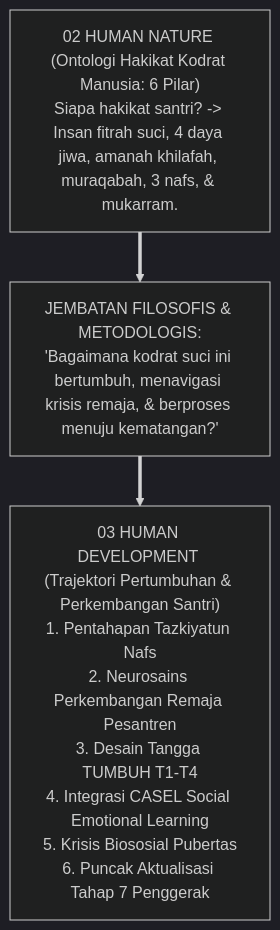
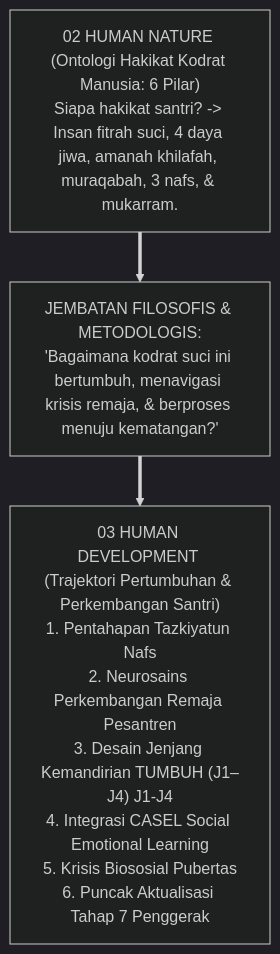
Before and after one commit to wandiapriliyandi/tumbuh: the third of 5 diagrams in 01 Philosophy/02 Human Nature/P1-02-07-Sintesis-Human-Nature.md, drawn with Mermaid (dark theme). The commit also changed other lines of this file and 209 other files, not shown here.

````diff
--- a/01 Philosophy/02 Human Nature/P1-02-07-Sintesis-Human-Nature.md
+++ b/01 Philosophy/02 Human Nature/P1-02-07-Sintesis-Human-Nature.md
@@ -134,8 +134,8 @@
 ```mermaid
 flowchart TD
     HN["02 HUMAN NATURE (Ontologi Hakikat Kodrat Manusia: 6 Pilar)<br/>Siapa hakikat santri? -> Insan fitrah suci, 4 daya jiwa, amanah khilafah, muraqabah, 3 nafs, & mukarram."]
     
     ==> Jembatan["JEMBATAN FILOSOFIS & METODOLOGIS:<br/>'Bagaimana kodrat suci ini bertumbuh, menavigasi krisis remaja, & berproses menuju kematangan?'"]
     
-    ==> HD["03 HUMAN DEVELOPMENT (Trajektori Pertumbuhan & Perkembangan Santri)<br/>1. Pentahapan Tazkiyatun Nafs<br/>2. Neurosains Perkembangan Remaja Pesantren<br/>3. Desain Tangga TUMBUH T1-T4<br/>4. Integrasi CASEL Social Emotional Learning<br/>5. Krisis Biososial Pubertas<br/>6. Puncak Aktualisasi Tahap 7 Penggerak"]
+    ==> HD["03 HUMAN DEVELOPMENT (Trajektori Pertumbuhan & Perkembangan Santri)<br/>1. Pentahapan Tazkiyatun Nafs<br/>2. Neurosains Perkembangan Remaja Pesantren<br/>3. Desain Jenjang Kemandirian TUMBUH (J1–J4) J1-J4<br/>4. Integrasi CASEL Social Emotional Learning<br/>5. Krisis Biososial Pubertas<br/>6. Puncak Aktualisasi Tahap 7 Penggerak"]
 ```
````
